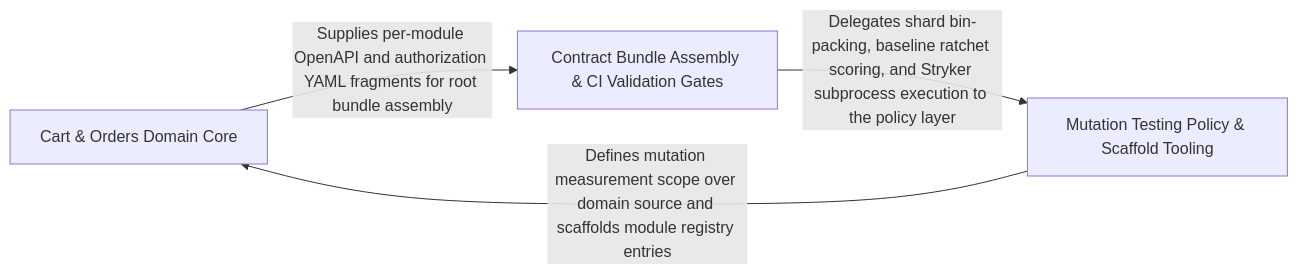
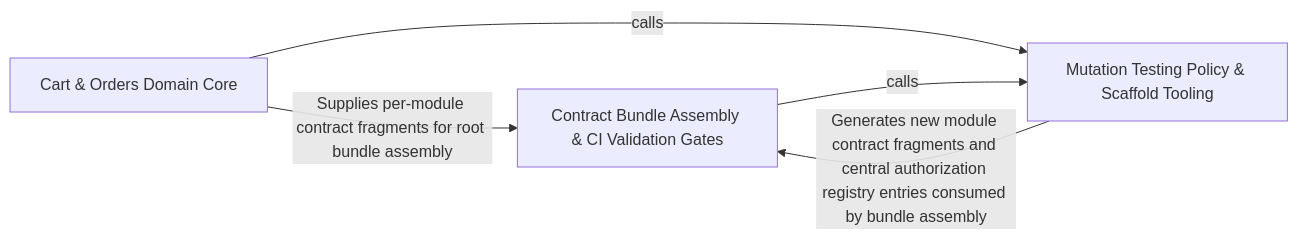
One commit to Guebbit/boilerplate-node-backend changed the diagram in .2brain/arch/Contract_Bundle_Assembly_CI_Validation_Gates.md. Above: the diagram before and after it, drawn with Mermaid. The commit also changed other lines of this file and 627 other files, not shown here.

````diff
--- a/.2brain/arch/Contract_Bundle_Assembly_CI_Validation_Gates.md
+++ b/.2brain/arch/Contract_Bundle_Assembly_CI_Validation_Gates.md
@@ -10,9 +10,10 @@
 ```mermaid
 graph LR
     Cart_Orders_Domain_Core["Cart & Orders Domain Core"]
     Contract_Bundle_Assembly_CI_Validation_Gates["Contract Bundle Assembly & CI Validation Gates"]
     Mutation_Testing_Policy_Scaffold_Tooling["Mutation Testing Policy & Scaffold Tooling"]
-    Cart_Orders_Domain_Core -- "Supplies per-module OpenAPI and authorization YAML fragments for root bundle assembly" --> Contract_Bundle_Assembly_CI_Validation_Gates
-    Contract_Bundle_Assembly_CI_Validation_Gates -- "Delegates shard bin-packing, baseline ratchet scoring, and Stryker subprocess execution to the policy layer" --> Mutation_Testing_Policy_Scaffold_Tooling
-    Mutation_Testing_Policy_Scaffold_Tooling -- "Defines mutation measurement scope over domain source and scaffolds module registry entries" --> Cart_Orders_Domain_Core
+    Cart_Orders_Domain_Core -- "Supplies per-module contract fragments for root bundle assembly" --> Contract_Bundle_Assembly_CI_Validation_Gates
+    Cart_Orders_Domain_Core -- "calls" --> Mutation_Testing_Policy_Scaffold_Tooling
+    Contract_Bundle_Assembly_CI_Validation_Gates -- "calls" --> Mutation_Testing_Policy_Scaffold_Tooling
+    Mutation_Testing_Policy_Scaffold_Tooling -- "Generates new module contract fragments and central authorization registry entries consumed by bundle assembly" --> Contract_Bundle_Assembly_CI_Validation_Gates
 ```
````
